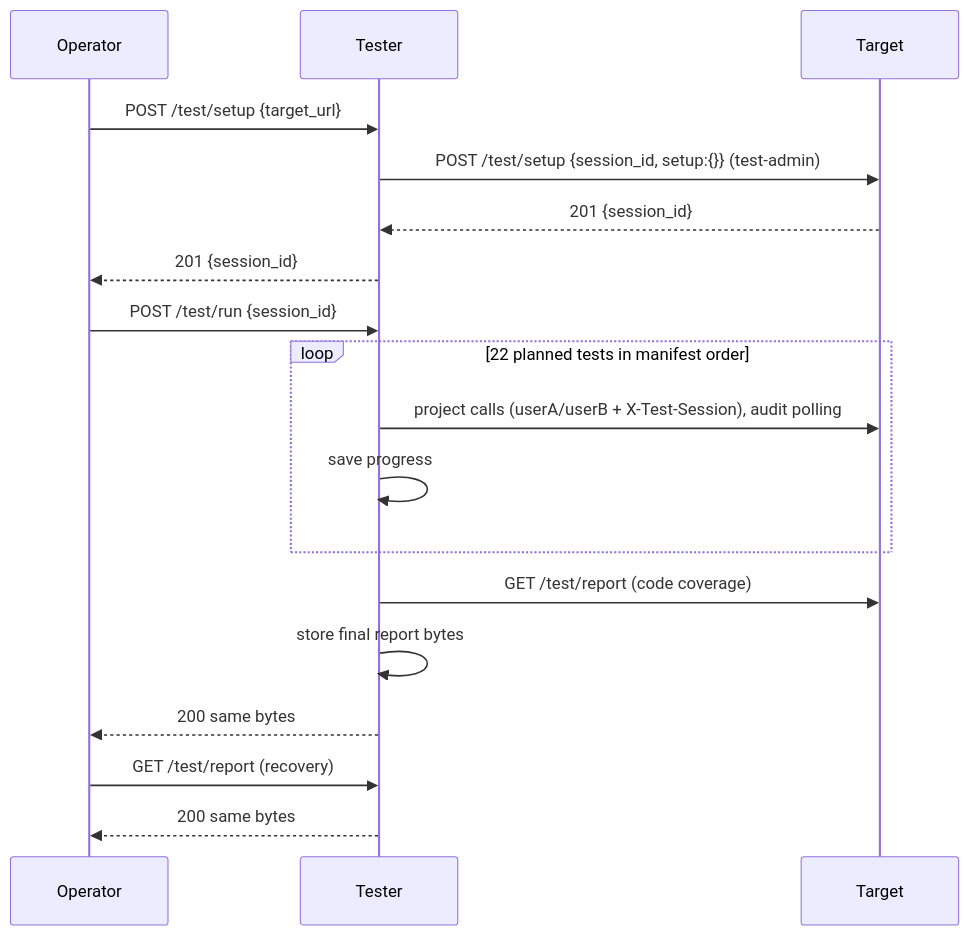
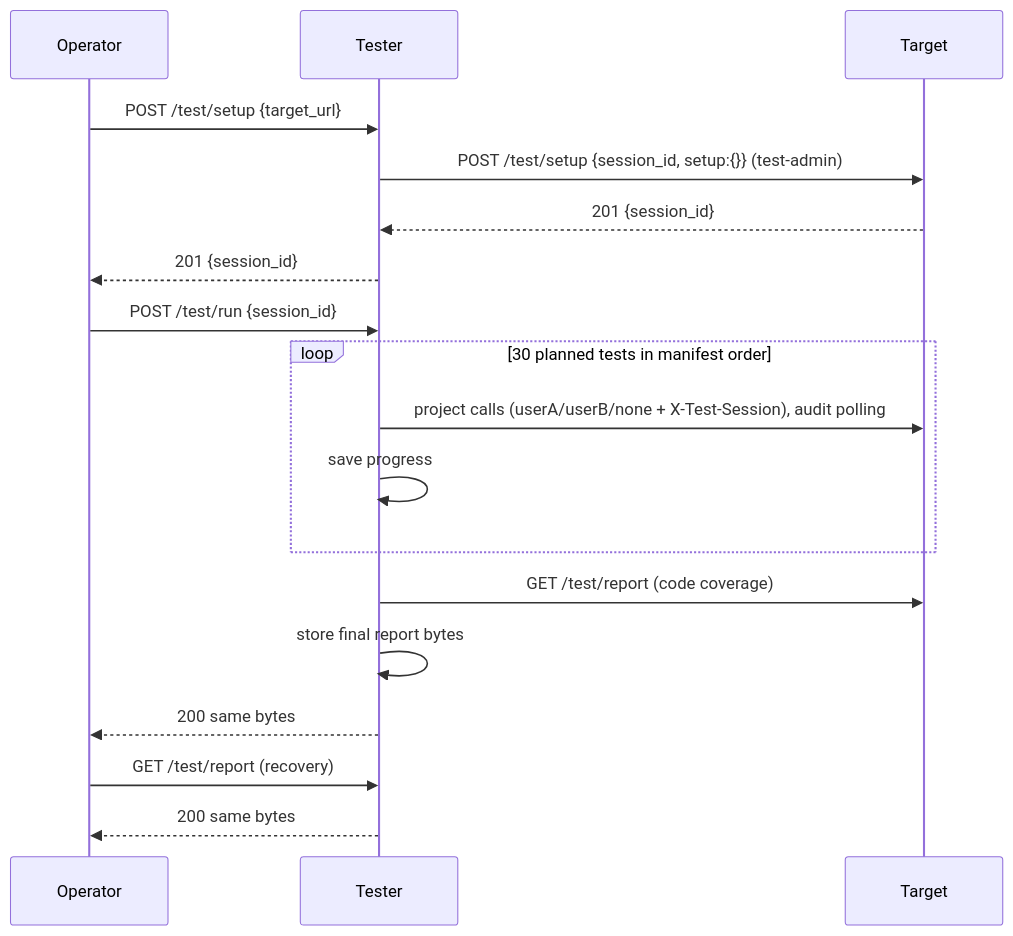
The third of 3 diagrams in docs/implementation/dixon_phase3.md (JGraff24/30861_Team9), drawn with Mermaid before and after one commit. The commit also changed other lines of this file and 12 other files, not shown here.

````diff
--- a/docs/implementation/dixon_phase3.md
+++ b/docs/implementation/dixon_phase3.md
@@ -147,20 +167,20 @@
 ```mermaid
 sequenceDiagram
   participant Operator
   participant Tester
   participant Target
   Operator->>Tester: POST /test/setup {target_url}
   Tester->>Target: POST /test/setup {session_id, setup:{}} (test-admin)
   Target-->>Tester: 201 {session_id}
   Tester-->>Operator: 201 {session_id}
   Operator->>Tester: POST /test/run {session_id}
-  loop 22 planned tests in manifest order
-    Tester->>Target: project calls (userA/userB + X-Test-Session), audit polling
+  loop 30 planned tests in manifest order
+    Tester->>Target: project calls (userA/userB/none + X-Test-Session), audit polling
     Tester->>Tester: save progress
   end
   Tester->>Target: GET /test/report (code coverage)
   Tester->>Tester: store final report bytes
   Tester-->>Operator: 200 same bytes
   Operator->>Tester: GET /test/report (recovery)
   Tester-->>Operator: 200 same bytes
 ```
````
